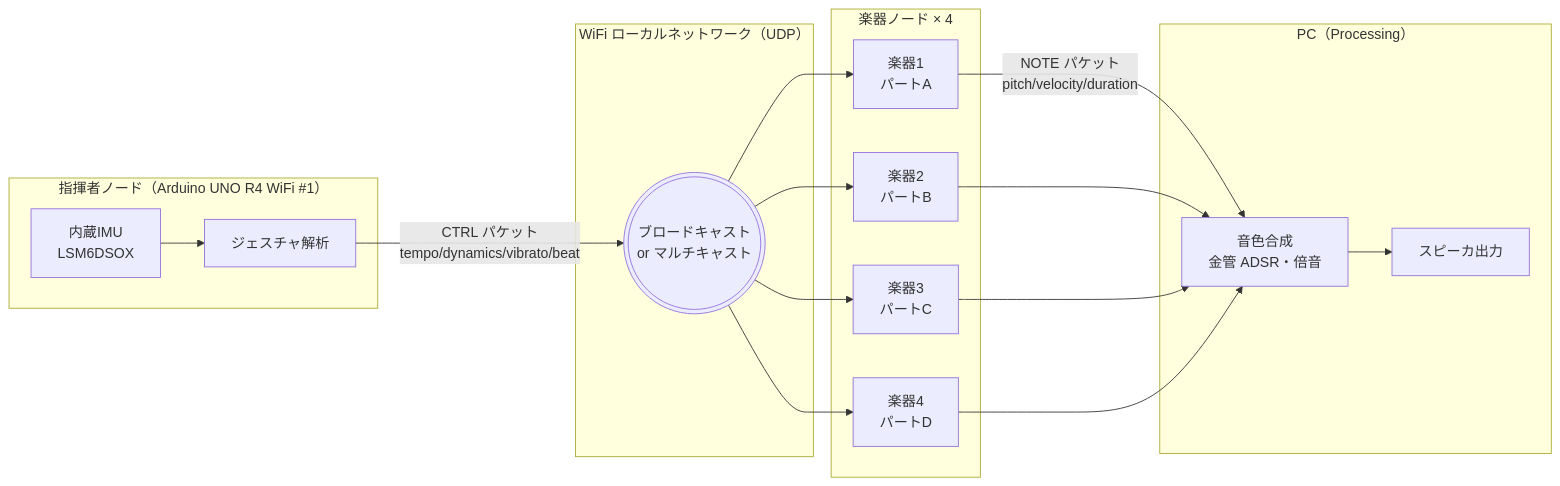
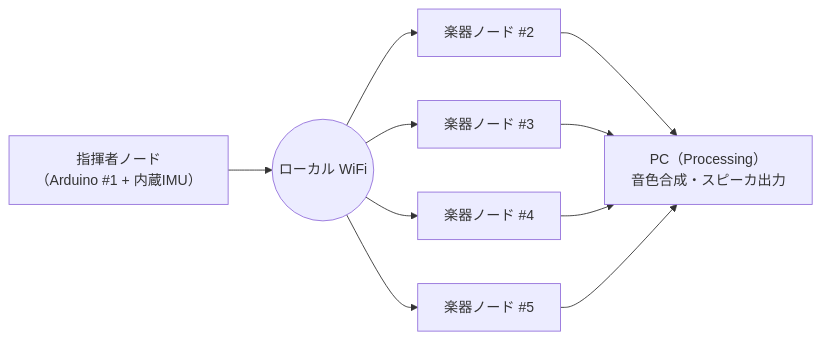
Before and after one commit to takushio2525/2026-hackathon-team23: the diagram in docs/design/architecture.md, drawn with Mermaid. The commit also changed other lines of this file and 10 other files, not shown here.

````diff
--- a/docs/design/architecture.md
+++ b/docs/design/architecture.md
@@ -5,36 +9,20 @@
 ```mermaid
 flowchart LR
-    subgraph Conductor["指揮者ノード（Arduino UNO R4 WiFi #1）"]
-        IMU[内蔵IMU<br/>LSM6DSOX]
-        CTRL[ジェスチャ解析]
-        IMU --> CTRL
-    end
+    Conductor["指揮者ノード<br/>（Arduino #1 + 内蔵IMU）"]
+    Net((ローカル WiFi))
+    I1[楽器ノード #2]
+    I2[楽器ノード #3]
+    I3[楽器ノード #4]
+    I4[楽器ノード #5]
+    PC["PC（Processing）<br/>音色合成・スピーカ出力"]
 
-    subgraph Network["WiFi ローカルネットワーク（UDP）"]
-        BCAST(((ブロードキャスト<br/>or マルチキャスト)))
-    end
-
-    subgraph Instruments["楽器ノード × 4"]
-        I1[楽器1<br/>パートA]
-        I2[楽器2<br/>パートB]
-        I3[楽器3<br/>パートC]
-        I4[楽器4<br/>パートD]
-    end
-
-    subgraph PC["PC（Processing）"]
-        SYNTH[音色合成<br/>金管 ADSR・倍音]
-        SPK[スピーカ出力]
-        SYNTH --> SPK
-    end
-
-    CTRL -->|CTRL パケット<br/>tempo/dynamics/vibrato/beat| BCAST
-    BCAST --> I1
-    BCAST --> I2
-    BCAST --> I3
-    BCAST --> I4
-
-    I1 -->|NOTE パケット<br/>pitch/velocity/duration| SYNTH
-    I2 --> SYNTH
-    I3 --> SYNTH
-    I4 --> SYNTH
+    Conductor --> Net
+    Net --> I1
+    Net --> I2
+    Net --> I3
+    Net --> I4
+    I1 --> PC
+    I2 --> PC
+    I3 --> PC
+    I4 --> PC
 ```
````
